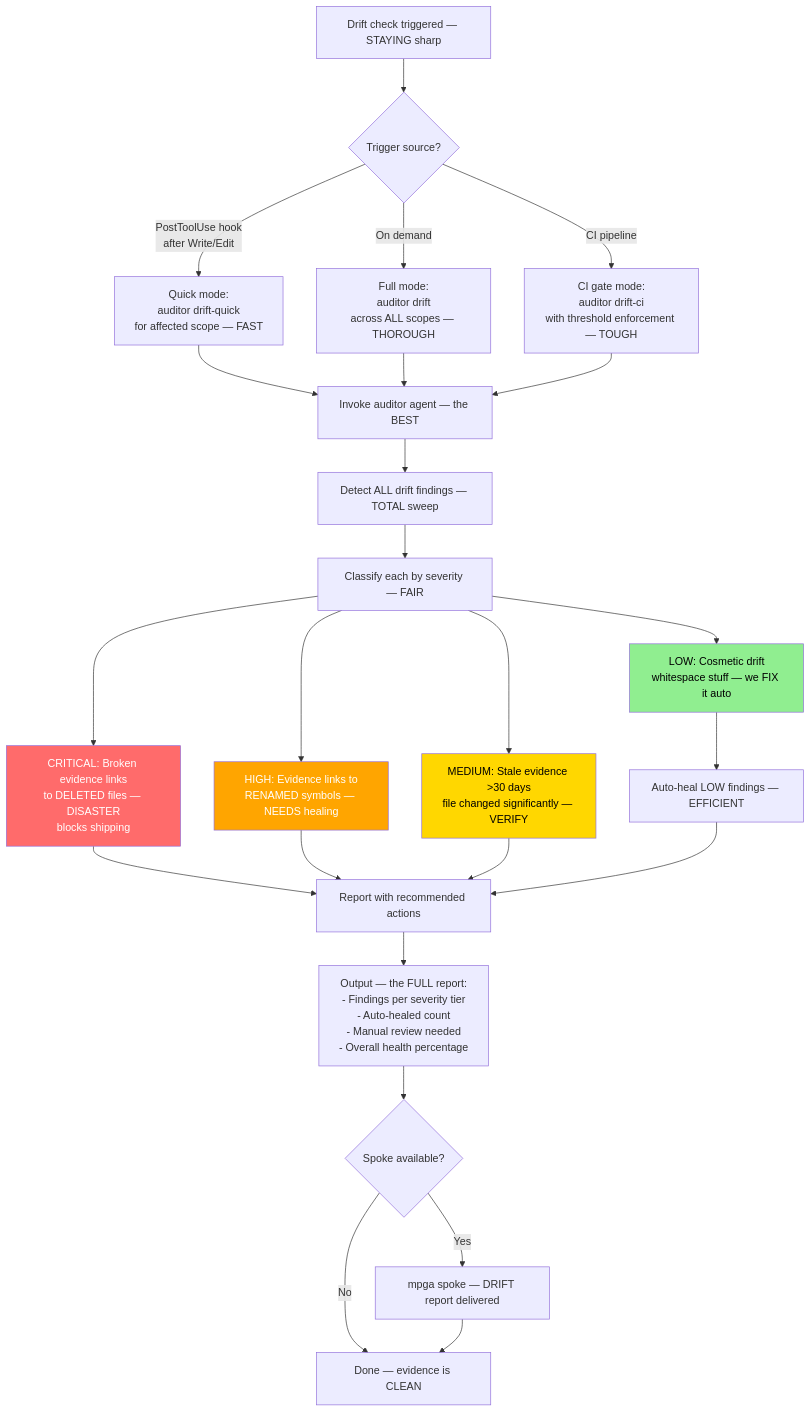
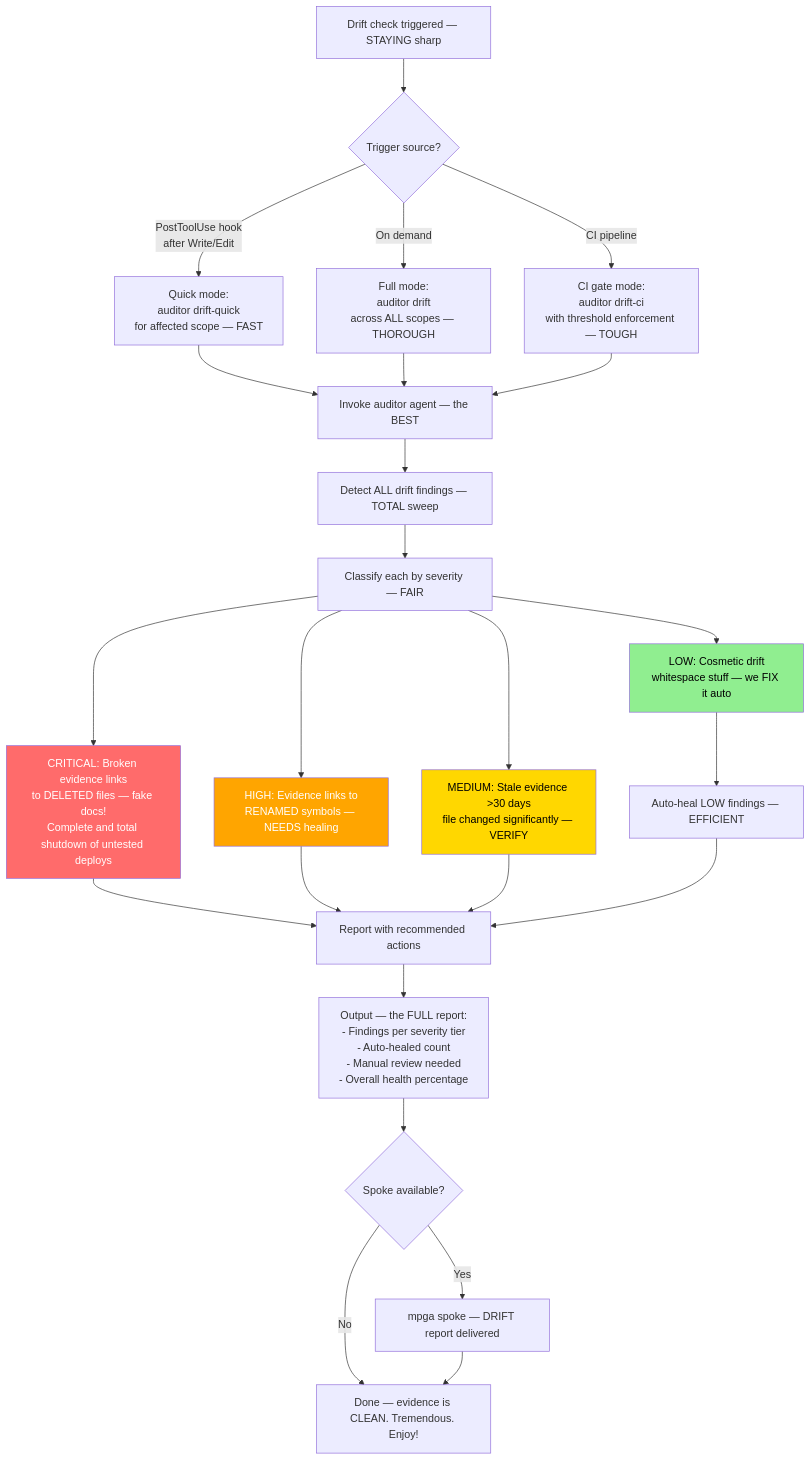
One commit to benrben/MPGA changed the diagram in docs/diagrams/skills/drift-check.md. Above: the diagram before and after it, drawn with Mermaid. The commit also changed other lines of this file and 80 other files, not shown here.

````diff
--- a/docs/diagrams/skills/drift-check.md
+++ b/docs/diagrams/skills/drift-check.md
@@ -5,37 +5,37 @@
 ```mermaid
 flowchart TD
     A[Drift check triggered — STAYING sharp] --> B{Trigger source?}
     B -->|PostToolUse hook\nafter Write/Edit| C[Quick mode:\nauditor drift-quick\nfor affected scope — FAST]
     B -->|On demand| D[Full mode:\nauditor drift\nacross ALL scopes — THOROUGH]
     B -->|CI pipeline| E[CI gate mode:\nauditor drift-ci\nwith threshold enforcement — TOUGH]
 
     C --> F[Invoke auditor agent — the BEST]
     D --> F
     E --> F
 
     F --> G[Detect ALL drift findings — TOTAL sweep]
     G --> H[Classify each by severity — FAIR]
 
-    H --> I["CRITICAL: Broken evidence links\nto DELETED files — DISASTER\nblocks shipping"]
+    H --> I["CRITICAL: Broken evidence links\nto DELETED files — fake docs!\nComplete and total shutdown of untested deploys"]
     H --> J["HIGH: Evidence links to\nRENAMED symbols — NEEDS healing"]
     H --> K["MEDIUM: Stale evidence >30 days\nfile changed significantly — VERIFY"]
     H --> L["LOW: Cosmetic drift\nwhitespace stuff — we FIX it auto"]
 
     L --> M[Auto-heal LOW findings — EFFICIENT]
     I --> N[Report with recommended actions]
     J --> N
     K --> N
     M --> N
 
     N --> O["Output — the FULL report:\n- Findings per severity tier\n- Auto-healed count\n- Manual review needed\n- Overall health percentage"]
 
     O --> P{Spoke available?}
     P -->|Yes| Q[mpga spoke — DRIFT report delivered]
-    P -->|No| R[Done — evidence is CLEAN]
+    P -->|No| R[Done — evidence is CLEAN. Tremendous. Enjoy!]
     Q --> R
 
     style I fill:#ff6b6b,color:#fff
     style J fill:#ffa500,color:#fff
     style K fill:#ffd700,color:#000
     style L fill:#90ee90,color:#000
 ```
````
